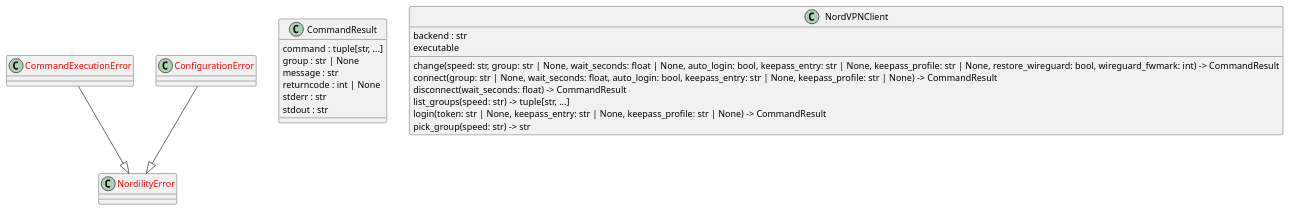
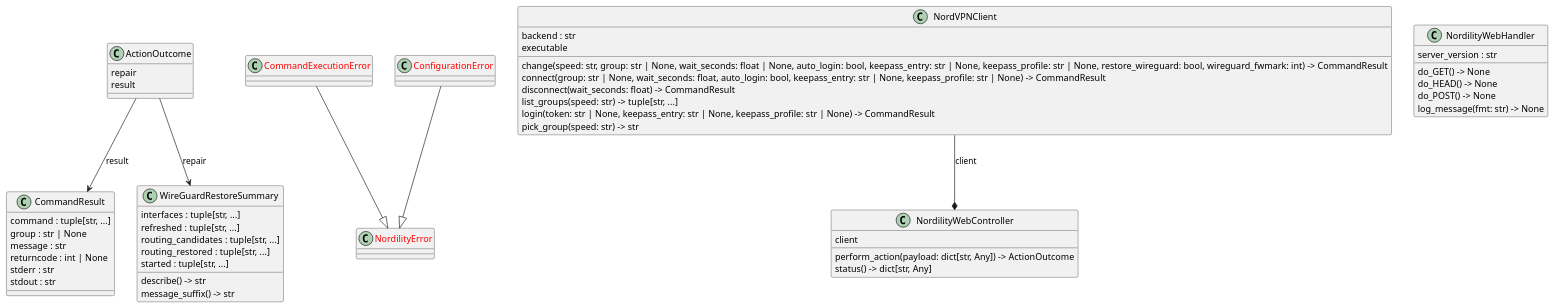
Before and after one commit to casonk/nordility: the diagram in docs/diagrams/python-classes.puml, drawn with PlantUML. The commit also changed 32 other files, not shown here.

```diff
--- a/docs/diagrams/python-classes.puml
+++ b/docs/diagrams/python-classes.puml
@@ -1,29 +1,57 @@
 @startuml classes_nordility
 set namespaceSeparator none
+class "ActionOutcome" as src.nordility.web.ActionOutcome {
+  repair
+  result
+}
 class "<color:red>CommandExecutionError</color>" as src.nordility.client.CommandExecutionError {
 }
 class "CommandResult" as src.nordility.client.CommandResult {
   command : tuple[str, ...]
   group : str | None
   message : str
   returncode : int | None
   stderr : str
   stdout : str
 }
 class "<color:red>ConfigurationError</color>" as src.nordility.client.ConfigurationError {
 }
 class "NordVPNClient" as src.nordility.client.NordVPNClient {
   backend : str
   executable
   change(speed: str, group: str | None, wait_seconds: float | None, auto_login: bool, keepass_entry: str | None, keepass_profile: str | None, restore_wireguard: bool, wireguard_fwmark: int) -> CommandResult
   connect(group: str | None, wait_seconds: float, auto_login: bool, keepass_entry: str | None, keepass_profile: str | None) -> CommandResult
   disconnect(wait_seconds: float) -> CommandResult
   list_groups(speed: str) -> tuple[str, ...]
   login(token: str | None, keepass_entry: str | None, keepass_profile: str | None) -> CommandResult
   pick_group(speed: str) -> str
 }
 class "<color:red>NordilityError</color>" as src.nordility.client.NordilityError {
 }
+class "NordilityWebController" as src.nordility.web.NordilityWebController {
+  client
+  perform_action(payload: dict[str, Any]) -> ActionOutcome
+  status() -> dict[str, Any]
+}
+class "NordilityWebHandler" as src.nordility.web.make_handler.NordilityWebHandler {
+  server_version : str
+  do_GET() -> None
+  do_HEAD() -> None
+  do_POST() -> None
+  log_message(fmt: str) -> None
+}
+class "WireGuardRestoreSummary" as src.nordility.client.WireGuardRestoreSummary {
+  interfaces : tuple[str, ...]
+  refreshed : tuple[str, ...]
+  routing_candidates : tuple[str, ...]
+  routing_restored : tuple[str, ...]
+  started : tuple[str, ...]
+  describe() -> str
+  message_suffix() -> str
+}
 src.nordility.client.CommandExecutionError --|> src.nordility.client.NordilityError
 src.nordility.client.ConfigurationError --|> src.nordility.client.NordilityError
+src.nordility.web.ActionOutcome --> src.nordility.client.CommandResult : result
+src.nordility.web.ActionOutcome --> src.nordility.client.WireGuardRestoreSummary : repair
+src.nordility.client.NordVPNClient --* src.nordility.web.NordilityWebController : client
 @enduml
```
